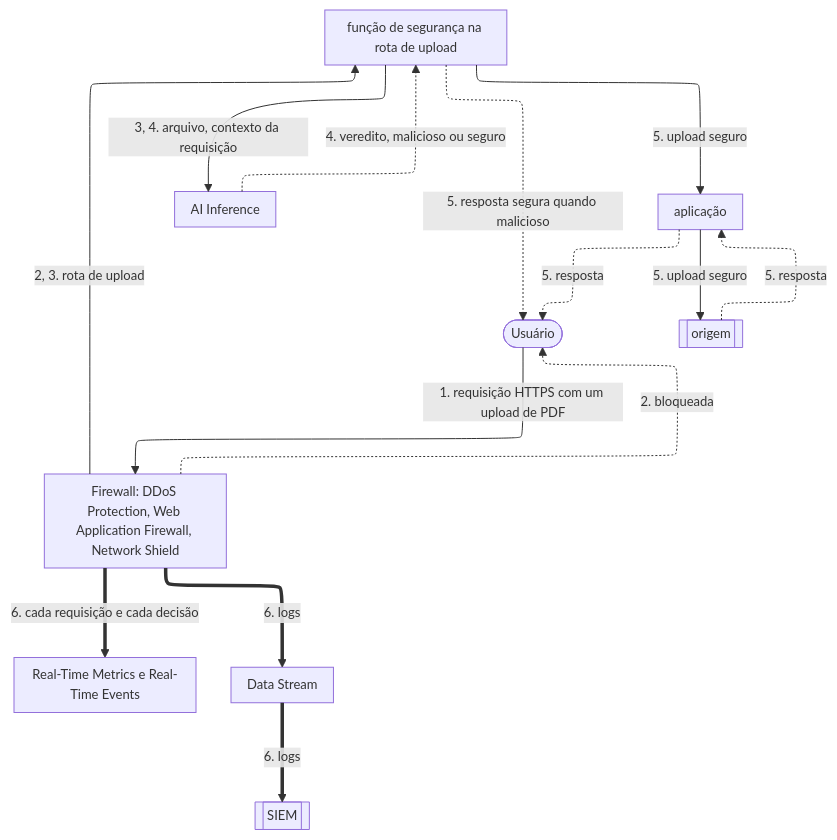
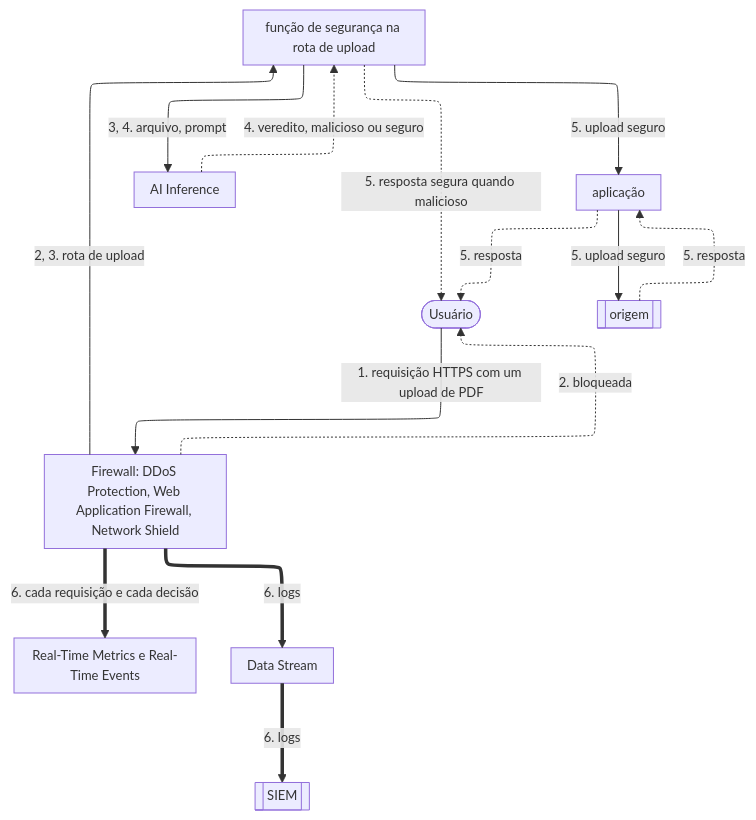
The diagram in apps/docs/src/content/docs/pt-br/pages/arquiteturas/artificial-intelligence/autonomous-security-agent.mdx (aziontech/docs), drawn with Mermaid before and after one commit. The commit also changed other lines of this file and 5 other files, not shown here.

````diff
--- a/apps/docs/src/content/docs/pt-br/pages/arquiteturas/artificial-intelligence/autonomous-security-agent.mdx
+++ b/apps/docs/src/content/docs/pt-br/pages/arquiteturas/artificial-intelligence/autonomous-security-agent.mdx
@@ -30,26 +30,26 @@
 ```mermaid
 %%{init: {"layout": "elk", "elk": {"cycleBreakingStrategy": "MODEL_ORDER"}, "themeVariables": {"fontSize": "13px"}, "flowchart": {"nodeSpacing": 24, "rankSpacing": 36, "padding": 8, "wrappingWidth": 150, "useMaxWidth": true}, "sequence": {"width": 120, "actorMargin": 30, "useMaxWidth": true}}}%%
 flowchart TD
   User(["Usuário"])
   FW["Firewall: DDoS Protection, Web Application Firewall, Network Shield"]
   Fn["função de segurança na rota de upload"]
   AI["AI Inference"]
   App["aplicação"]
   Origin[["origem"]]
   Obs["Real-Time Metrics e Real-Time Events"]
   DS["Data Stream"]
   SIEM[["SIEM"]]
   User -->|"1. requisição HTTPS com um upload de PDF"| FW
   FW -->|"2, 3. rota de upload"| Fn
-  Fn -->|"3, 4. arquivo, contexto da requisição"| AI
+  Fn -->|"3, 4. arquivo, prompt"| AI
   Fn -->|"5. upload seguro"| App
   App -->|"5. upload seguro"| Origin
   AI -.->|"4. veredito, malicioso ou seguro"| Fn
   Origin -.->|"5. resposta"| App
   App -.->|"5. resposta"| User
   FW -.->|"2. bloqueada"| User
   Fn -.->|"5. resposta segura quando malicioso"| User
   FW ==>|"6. cada requisição e cada decisão"| Obs
   FW ==>|"6. logs"| DS
   DS ==>|"6. logs"| SIEM
 ```
````
